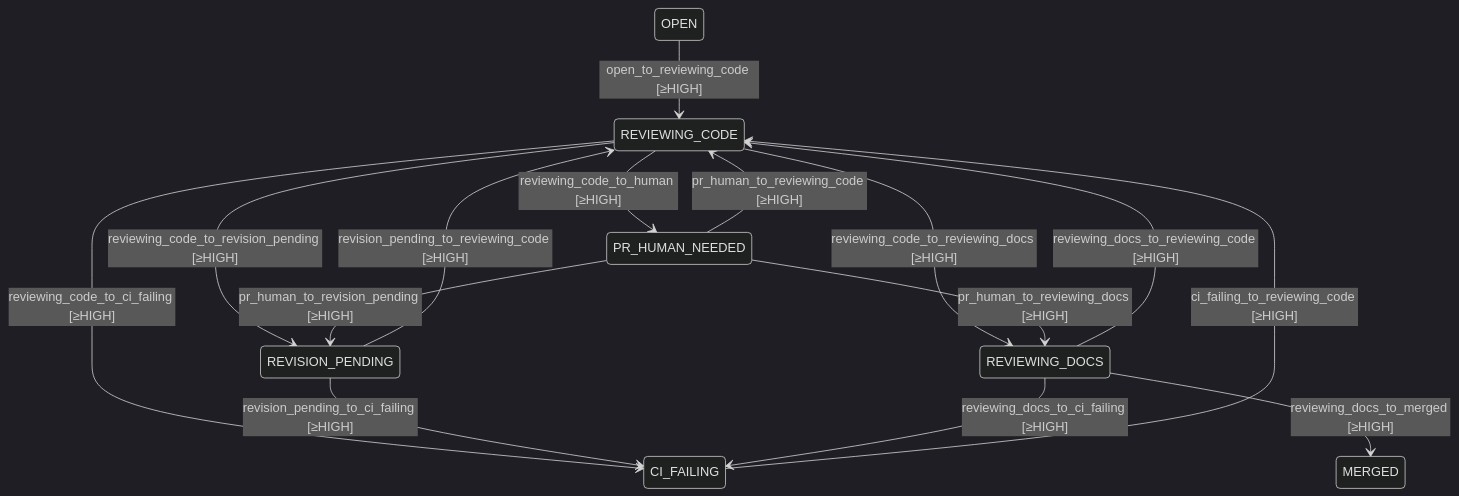
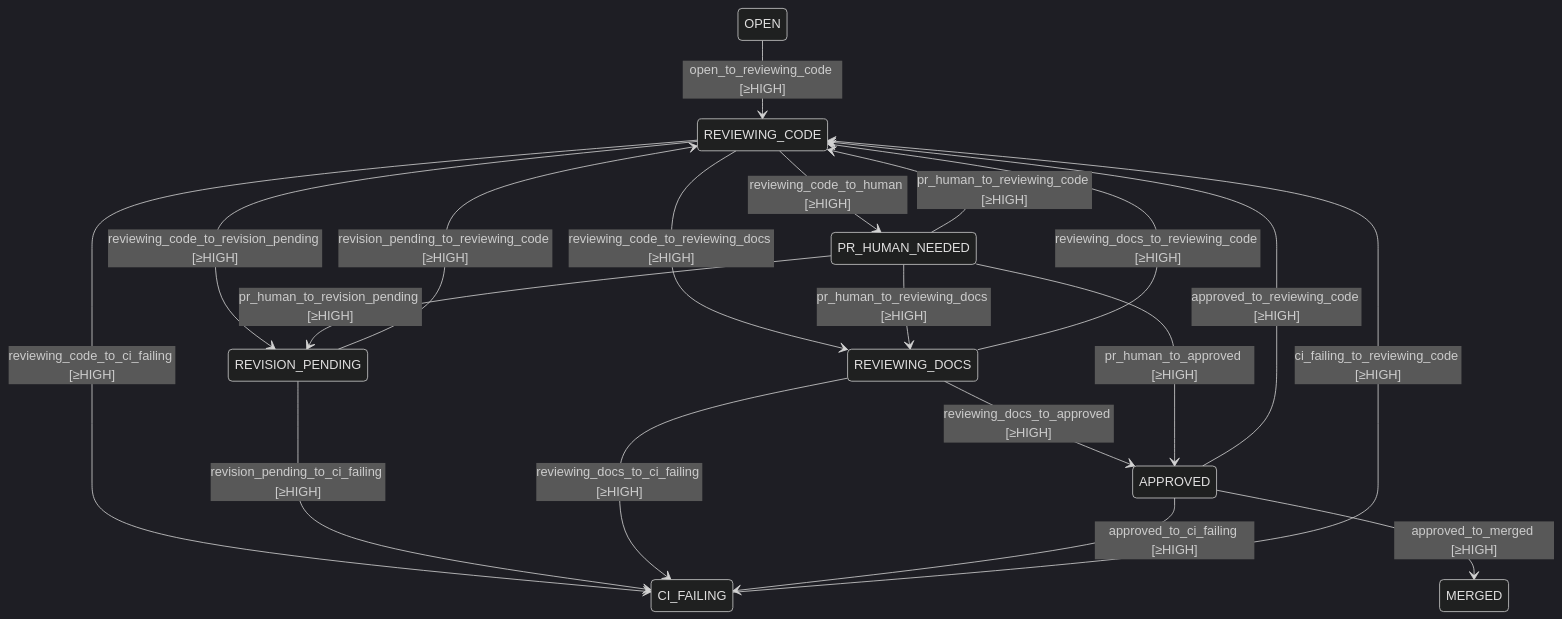
One commit to damien-robotsix/robotsix-cai changed the second of 2 diagrams in docs/fsm.md. Above: the diagram before and after it, drawn with Mermaid (dark theme). The commit also changed 36 other files, not shown here.

````diff
--- a/docs/fsm.md
+++ b/docs/fsm.md
@@ -48,17 +48,21 @@
 ```mermaid
 stateDiagram-v2
     OPEN --> REVIEWING_CODE : open_to_reviewing_code [≥HIGH]
     REVIEWING_CODE --> REVISION_PENDING : reviewing_code_to_revision_pending [≥HIGH]
     REVIEWING_CODE --> REVIEWING_DOCS : reviewing_code_to_reviewing_docs [≥HIGH]
     REVISION_PENDING --> REVIEWING_CODE : revision_pending_to_reviewing_code [≥HIGH]
     REVIEWING_DOCS --> REVIEWING_CODE : reviewing_docs_to_reviewing_code [≥HIGH]
-    REVIEWING_DOCS --> MERGED : reviewing_docs_to_merged [≥HIGH]
+    REVIEWING_DOCS --> APPROVED : reviewing_docs_to_approved [≥HIGH]
+    APPROVED --> MERGED : approved_to_merged [≥HIGH]
+    APPROVED --> REVIEWING_CODE : approved_to_reviewing_code [≥HIGH]
     REVIEWING_CODE --> CI_FAILING : reviewing_code_to_ci_failing [≥HIGH]
     REVISION_PENDING --> CI_FAILING : revision_pending_to_ci_failing [≥HIGH]
     REVIEWING_DOCS --> CI_FAILING : reviewing_docs_to_ci_failing [≥HIGH]
+    APPROVED --> CI_FAILING : approved_to_ci_failing [≥HIGH]
     CI_FAILING --> REVIEWING_CODE : ci_failing_to_reviewing_code [≥HIGH]
     REVIEWING_CODE --> PR_HUMAN_NEEDED : reviewing_code_to_human [≥HIGH]
     PR_HUMAN_NEEDED --> REVIEWING_CODE : pr_human_to_reviewing_code [≥HIGH]
     PR_HUMAN_NEEDED --> REVISION_PENDING : pr_human_to_revision_pending [≥HIGH]
     PR_HUMAN_NEEDED --> REVIEWING_DOCS : pr_human_to_reviewing_docs [≥HIGH]
+    PR_HUMAN_NEEDED --> APPROVED : pr_human_to_approved [≥HIGH]
 ```
````
